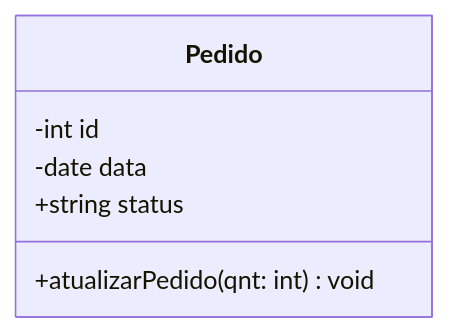
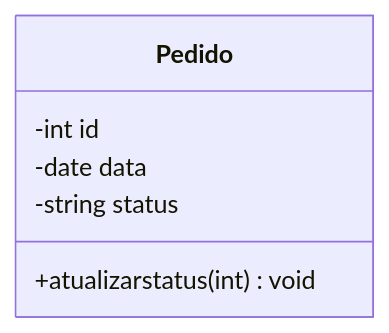
One commit to gabrielriosdias/poojavaceub-grupo2 changed the diagram in pedido.md. Above: the diagram before and after it, drawn with Mermaid.

````diff
--- a/pedido.md
+++ b/pedido.md
@@ -1,9 +1,9 @@
 ```mermaid
 classDiagram
  class Pedido {
         -int id
         -date data
-        +string status
-        +atualizarPedido(qnt: int) void
+        -string status
+        +atualizarstatus(int) void
 }
 ```
````
